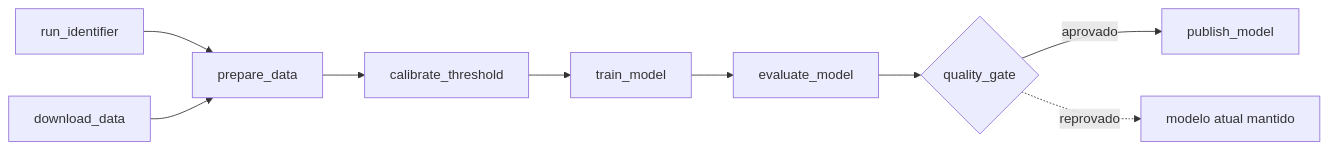
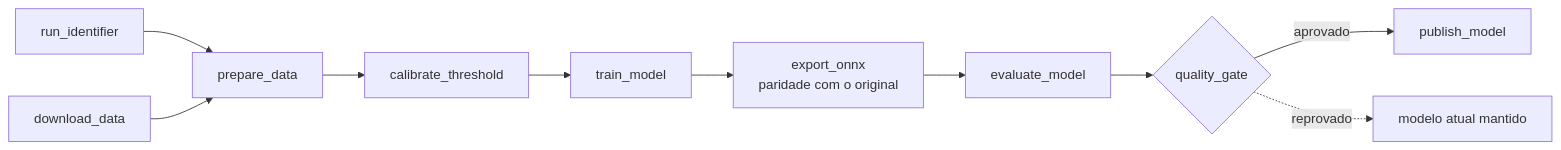
Before and after one commit to tiagotff/FIAP_MLE10_TC3: the fourth of 5 diagrams in README.md, drawn with Mermaid. The commit also changed other lines of this file and 1 other file, not shown here.

Commit message:
docs: documenta a otimização com ONNX Runtime e conclui a Etapa 4

````diff
--- a/README.md
+++ b/README.md
@@ -497,11 +511,12 @@
 ```mermaid
 flowchart LR
     R[run_identifier] --> P
     DL[download_data] --> P[prepare_data]
     P --> C[calibrate_threshold]
     C --> TR[train_model]
-    TR --> E[evaluate_model]
+    TR --> O[export_onnx<br/>paridade com o original]
+    O --> E[evaluate_model]
     E --> G{quality_gate}
     G -->|aprovado| PUB[publish_model]
     G -.->|reprovado| X[modelo atual mantido]
 ```
````
